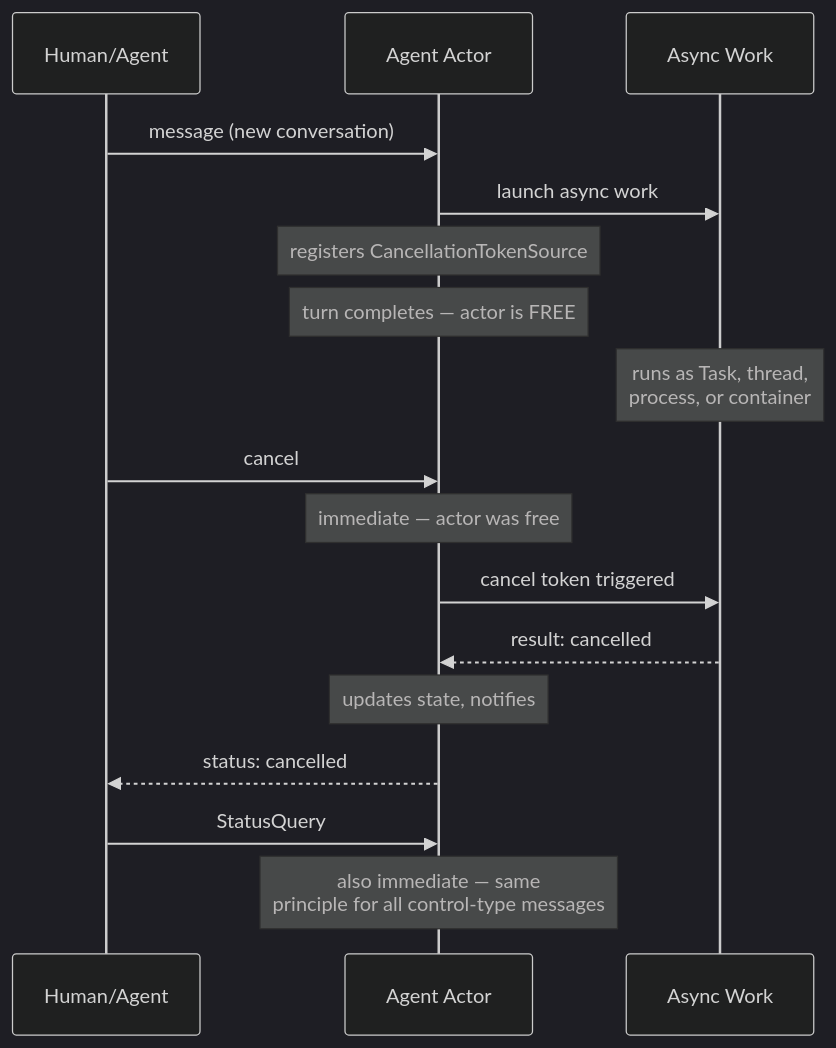
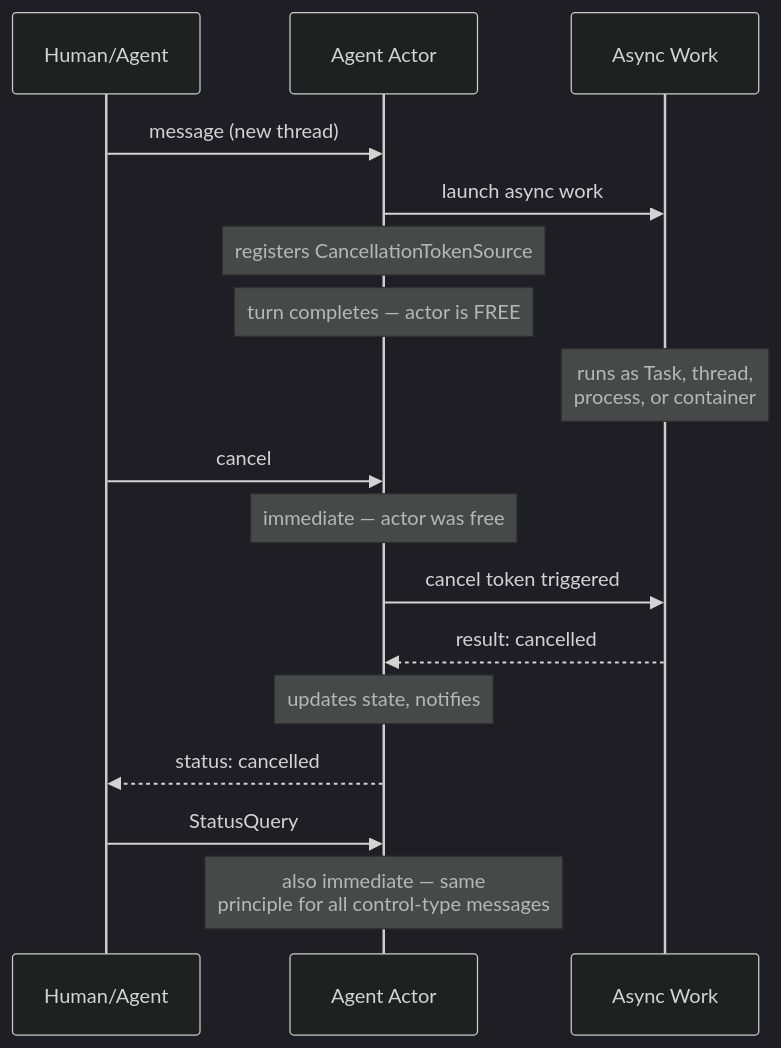
The fourth of 5 diagrams in docs/architecture/messaging.md (savasp/spring-voyage), drawn with Mermaid (dark theme) before and after one commit. The commit also changed other lines of this file and 3 other files, not shown here.

````diff
--- a/docs/architecture/messaging.md
+++ b/docs/architecture/messaging.md
@@ -109,22 +115,22 @@
 ```mermaid
 sequenceDiagram
     participant H as Human/Agent
     participant A as Agent Actor
     participant W as Async Work
 
-    H->>A: message (new conversation)
+    H->>A: message (new thread)
     A->>W: launch async work
     Note over A: registers CancellationTokenSource
     Note over A: turn completes — actor is FREE
     Note over W: runs as Task, thread,<br/>process, or container
 
     H->>A: cancel
     Note over A: immediate — actor was free
     A->>W: cancel token triggered
     W-->>A: result: cancelled
     Note over A: updates state, notifies
     A-->>H: status: cancelled
 
     H->>A: StatusQuery
     Note over A: also immediate — same<br/>principle for all control-type messages
 ```
````
